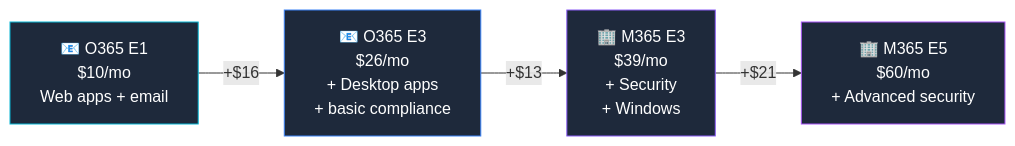
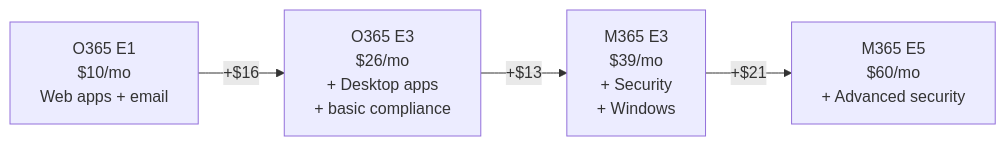
Before and after one commit to susanthgit/aguidetocloud-revamp: the diagram in content/licensing/office-365-e1.md, drawn with Mermaid. The commit also changed 553 other files, not shown here.

First line of the commit message:
🌸 Z17: Zen Mermaid diagrams — Stripe Docs style

````diff
--- a/content/licensing/office-365-e1.md
+++ b/content/licensing/office-365-e1.md
@@ -81,14 +81,10 @@
 ```mermaid
 flowchart LR
-    E1["📧 O365 E1\n$10/mo\nWeb apps + email"]
-    E3["📧 O365 E3\n$26/mo\n+ Desktop apps\n+ basic compliance"]
-    M3["🏢 M365 E3\n$39/mo\n+ Security\n+ Windows"]
-    M5["🏢 M365 E5\n$60/mo\n+ Advanced security"]
+    E1["O365 E1<br/>$10/mo<br/>Web apps + email"]
+    E3["O365 E3<br/>$26/mo<br/>+ Desktop apps<br/>+ basic compliance"]
+    M3["M365 E3<br/>$39/mo<br/>+ Security<br/>+ Windows"]
+    M5["M365 E5<br/>$60/mo<br/>+ Advanced security"]
     E1 -->|"+$16"| E3
     E3 -->|"+$13"| M3
     M3 -->|"+$21"| M5
-    style E1 fill:#1e293b,stroke:#06b6d4,color:#ffffff
-    style E3 fill:#1e293b,stroke:#3b82f6,color:#ffffff
-    style M3 fill:#1e293b,stroke:#8b5cf6,color:#ffffff
-    style M5 fill:#1e293b,stroke:#a855f7,color:#ffffff
 ```
````
